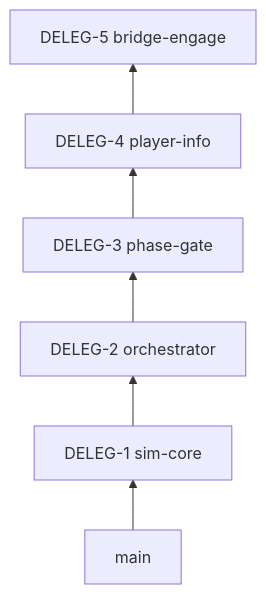
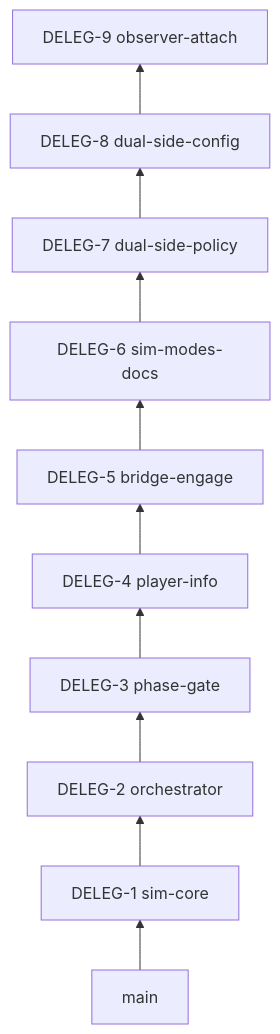
Before and after one commit to drgaciw/cmano-clone: the diagram in docs/engineering/graphite-stack-delegation-2026-05-30.md, drawn with Mermaid. The commit also changed other lines of this file and 3 other files, not shown here.

First line of the commit message:
docs(delegation): simulation modes resolved decisions [DELEG-6]

````diff
--- a/docs/engineering/graphite-stack-delegation-2026-05-30.md
+++ b/docs/engineering/graphite-stack-delegation-2026-05-30.md
@@ -15,8 +19,12 @@
 ```mermaid
 flowchart BT
   main --> pr1[DELEG-1 sim-core]
   pr1 --> pr2[DELEG-2 orchestrator]
   pr2 --> pr3[DELEG-3 phase-gate]
   pr3 --> pr4[DELEG-4 player-info]
   pr4 --> pr5[DELEG-5 bridge-engage]
+  pr5 --> pr6[DELEG-6 sim-modes-docs]
+  pr6 --> pr7[DELEG-7 dual-side-policy]
+  pr7 --> pr8[DELEG-8 dual-side-config]
+  pr8 --> pr9[DELEG-9 observer-attach]
 ```
````
